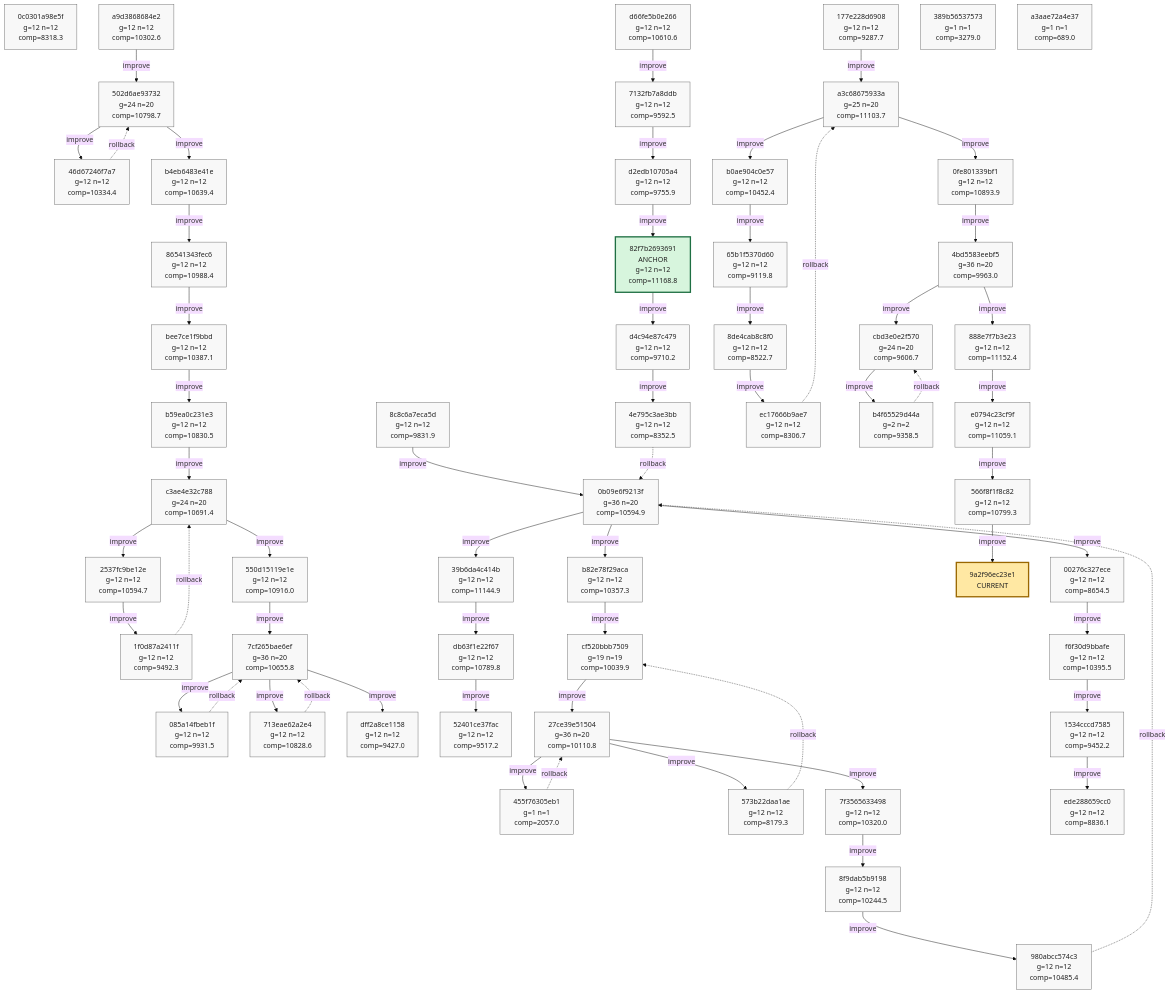
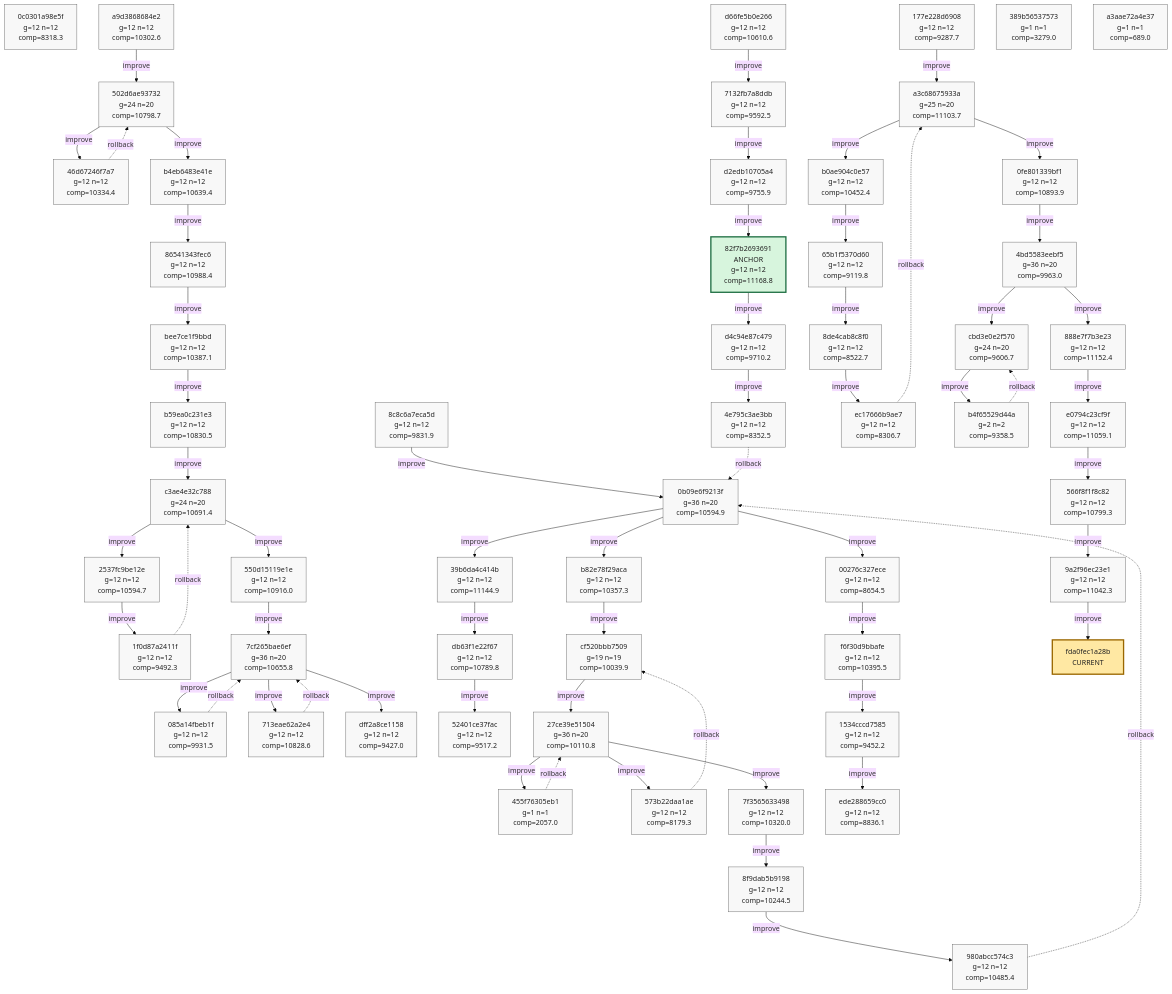
One commit to azumag/soviet_now changed the tenth of 10 diagrams in phyrogenetic-tree.md. Above: the diagram before and after it, drawn with Mermaid (base theme). The commit also changed other lines of this file and 2 other files, not shown here.

Commit message:
eloop Improve after 12 games (scores: 9943 10584 10650 18904 10451 12317 12032 15963 15413 9439 15178 9040)

````diff
--- a/phyrogenetic-tree.md
+++ b/phyrogenetic-tree.md
@@ -2582,9 +2583,10 @@
     h_888e7f7b3e23["888e7f7b3e23<br/>g=12 n=12<br/>comp=11152.4"]
     h_e0794c23cf9f["e0794c23cf9f<br/>g=12 n=12<br/>comp=11059.1"]
     h_566f8f1f8c82["566f8f1f8c82<br/>g=12 n=12<br/>comp=10799.3"]
+    h_9a2f96ec23e1["9a2f96ec23e1<br/>g=12 n=12<br/>comp=11042.3"]
     h_389b56537573["389b56537573<br/>g=1 n=1<br/>comp=3279.0"]
     h_a3aae72a4e37["a3aae72a4e37<br/>g=1 n=1<br/>comp=689.0"]
-    h_9a2f96ec23e1["9a2f96ec23e1<br/>CURRENT"]
+    h_fda0fec1a28b["fda0fec1a28b<br/>CURRENT"]
 
     h_a9d3868684e2 -->|improve| h_502d6ae93732
     h_502d6ae93732 -->|improve| h_46d67246f7a7
@@ -2644,6 +2646,7 @@
     h_888e7f7b3e23 -->|improve| h_e0794c23cf9f
     h_e0794c23cf9f -->|improve| h_566f8f1f8c82
     h_566f8f1f8c82 -->|improve| h_9a2f96ec23e1
+    h_9a2f96ec23e1 -->|improve| h_fda0fec1a28b
 
     classDef plain fill:#f8f8f8,stroke:#666,stroke-width:1px,color:#222;
     classDef current fill:#ffe8a3,stroke:#9a6700,stroke-width:3px,color:#222;
@@ -2702,7 +2705,8 @@
     class h_888e7f7b3e23 plain;
     class h_e0794c23cf9f plain;
     class h_566f8f1f8c82 plain;
+    class h_9a2f96ec23e1 plain;
     class h_389b56537573 plain;
     class h_a3aae72a4e37 plain;
-    class h_9a2f96ec23e1 current;
+    class h_fda0fec1a28b current;
 ```
````
